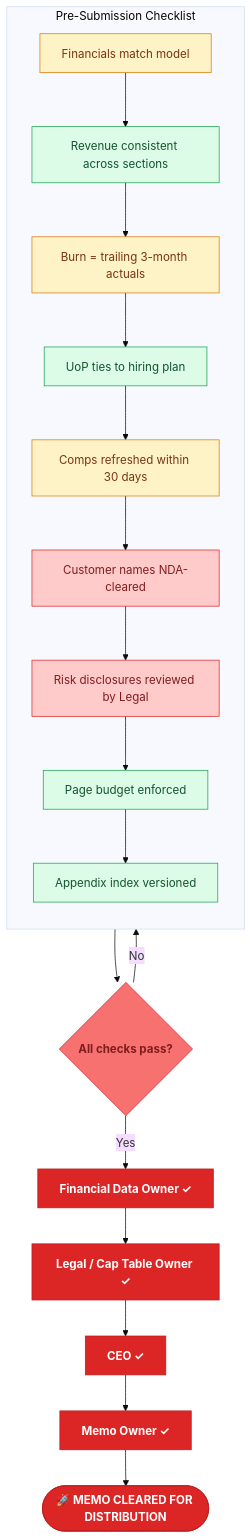
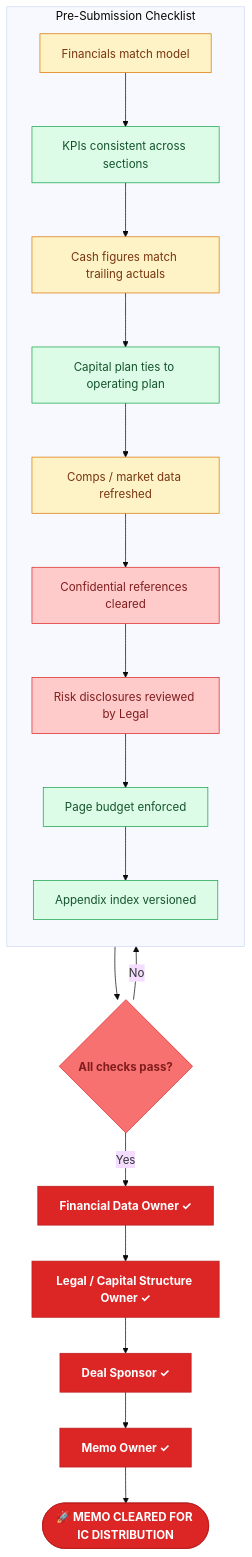
Diagram 16 of 16 in README.md (mrchanpark/IC-Memo-Flow-Chart-V2), drawn with Mermaid (base theme) before and after one commit. The commit also changed other lines of this file and 2 other files, not shown here.

````diff
--- a/README.md
+++ b/README.md
@@ -405,26 +406,26 @@
 ```mermaid
 flowchart TB
   subgraph QC["Pre-Submission Checklist"]
     direction TB
-    Q1["Financials match model"]:::yel --> Q2["Revenue consistent across sections"]:::grn
-    Q2 --> Q3["Burn = trailing 3-month actuals"]:::yel
-    Q3 --> Q4["UoP ties to hiring plan"]:::grn
-    Q4 --> Q5["Comps refreshed within 30 days"]:::yel
-    Q5 --> Q6["Customer names NDA-cleared"]:::red
+    Q1["Financials match model"]:::yel --> Q2["KPIs consistent across sections"]:::grn
+    Q2 --> Q3["Cash figures match trailing actuals"]:::yel
+    Q3 --> Q4["Capital plan ties to operating plan"]:::grn
+    Q4 --> Q5["Comps / market data refreshed"]:::yel
+    Q5 --> Q6["Confidential references cleared"]:::red
     Q6 --> Q7["Risk disclosures reviewed by Legal"]:::red
     Q7 --> Q8["Page budget enforced"]:::grn
     Q8 --> Q9["Appendix index versioned"]:::grn
   end
   Q9 --> PASS{"All checks pass?"}:::redD
   PASS -- No --> Q1
   PASS -- Yes --> S1x["Financial Data Owner ✓"]:::redM
-  S1x --> S2x["Legal / Cap Table Owner ✓"]:::redM
-  S2x --> S3x["CEO ✓"]:::redM
+  S1x --> S2x["Legal / Capital Structure Owner ✓"]:::redM
+  S2x --> S3x["Deal Sponsor ✓"]:::redM
   S3x --> S4x["Memo Owner ✓"]:::redM
-  S4x --> DONE(["🚀 MEMO CLEARED FOR DISTRIBUTION"]):::redM
+  S4x --> DONE(["🚀 MEMO CLEARED FOR IC DISTRIBUTION"]):::redM
   classDef red fill:#fecaca,stroke:#dc2626,color:#7f1d1d
   classDef redD fill:#f87171,stroke:#dc2626,color:#7f1d1d,font-weight:700
   classDef redM fill:#dc2626,stroke:#b91c1c,color:#fff,font-weight:700
   classDef yel fill:#fef3c7,stroke:#d97706,color:#78350f
   classDef grn fill:#dcfce7,stroke:#16a34a,color:#14532d
 ```
````
